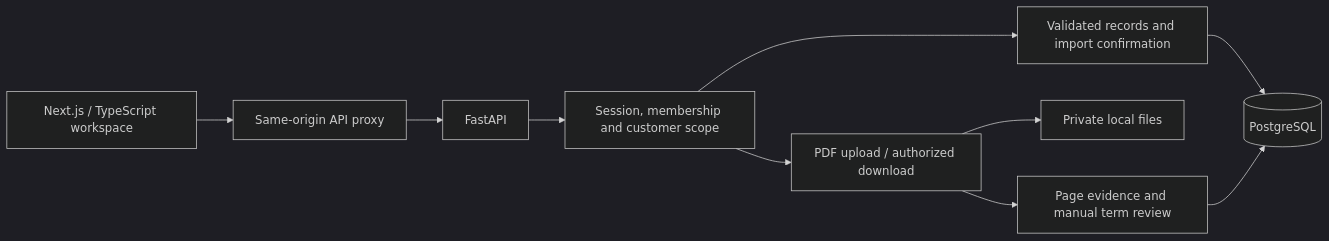
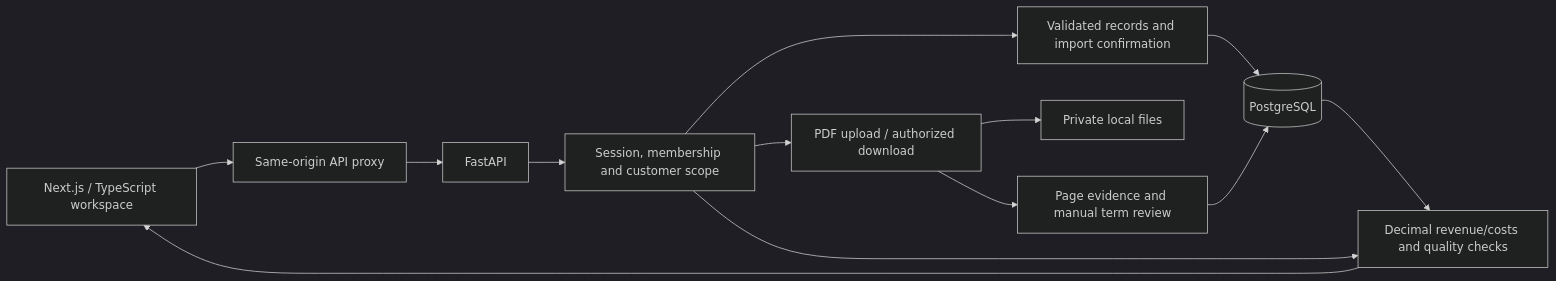
One commit to karankirtisharma/Profitlens changed the first of 2 diagrams in docs/ARCHITECTURE.md. Above: the diagram before and after it, drawn with Mermaid (dark theme). The commit also changed other lines of this file and 23 other files, not shown here.

Commit message:
Implement Week 4 revenue, costs and data quality reports

````diff
--- a/docs/ARCHITECTURE.md
+++ b/docs/ARCHITECTURE.md
@@ -7,12 +7,15 @@
 ```mermaid
 flowchart LR
   Browser[Next.js / TypeScript workspace] --> Proxy[Same-origin API proxy]
   Proxy --> API[FastAPI]
   API --> Auth[Session, membership and customer scope]
   Auth --> Records[Validated records and import confirmation]
   Records --> DB[(PostgreSQL)]
   Auth --> PDF[PDF upload / authorized download]
   PDF --> Storage[Private local files]
   PDF --> Review[Page evidence and manual term review]
   Review --> DB
+  Auth --> Finance[Decimal revenue/costs and quality checks]
+  DB --> Finance
+  Finance --> Browser
 ```
````
